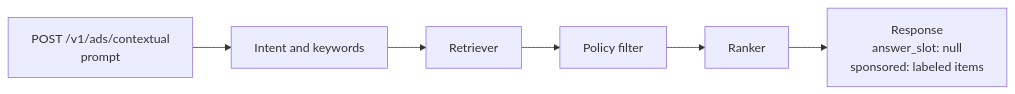
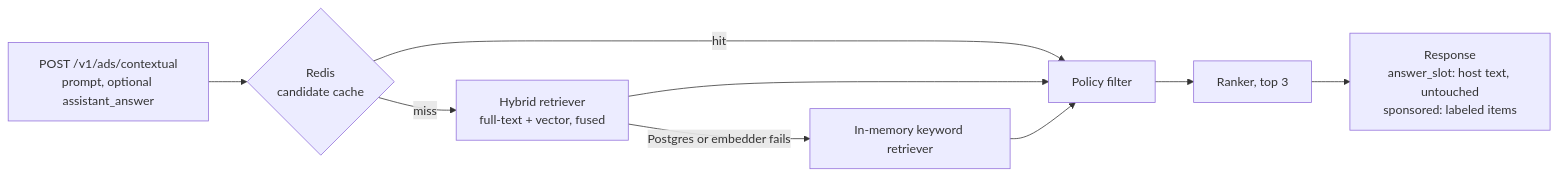
The first of 2 diagrams in docs/architecture.md (dakshshukla10/chat-ads-eval), drawn with Mermaid before and after one commit. The commit also changed other lines of this file and 4 other files, not shown here.

First line of the commit message:
Rewrite README and architecture notes for phases 2 to 5, set judge bars

````diff
--- a/docs/architecture.md
+++ b/docs/architecture.md
@@ -13,8 +11,11 @@
 ```mermaid
 flowchart LR
-    P[POST /v1/ads/contextual<br/>prompt] --> K[Intent and keywords]
-    K --> H[Retriever]
+    P[POST /v1/ads/contextual<br/>prompt, optional assistant_answer] --> C{Redis<br/>candidate cache}
+    C -->|hit| F
+    C -->|miss| H[Hybrid retriever<br/>full-text + vector, fused]
+    H -->|Postgres or embedder fails| K[In-memory keyword retriever]
     H --> F[Policy filter]
-    F --> R[Ranker]
-    R --> O["Response<br/>answer_slot: null<br/>sponsored: labeled items"]
+    K --> F
+    F --> R[Ranker, top 3]
+    R --> O["Response<br/>answer_slot: host text, untouched<br/>sponsored: labeled items"]
 ```
````
